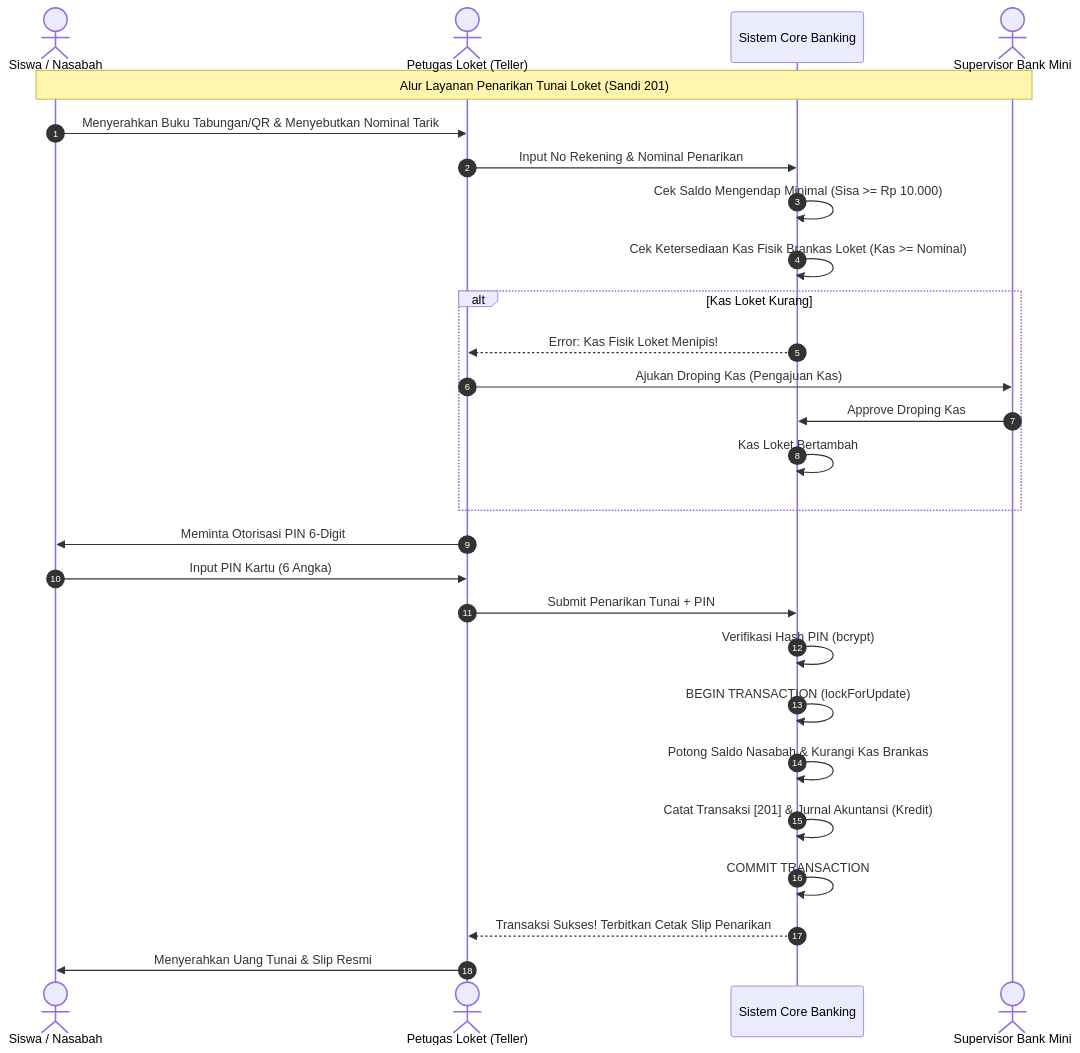
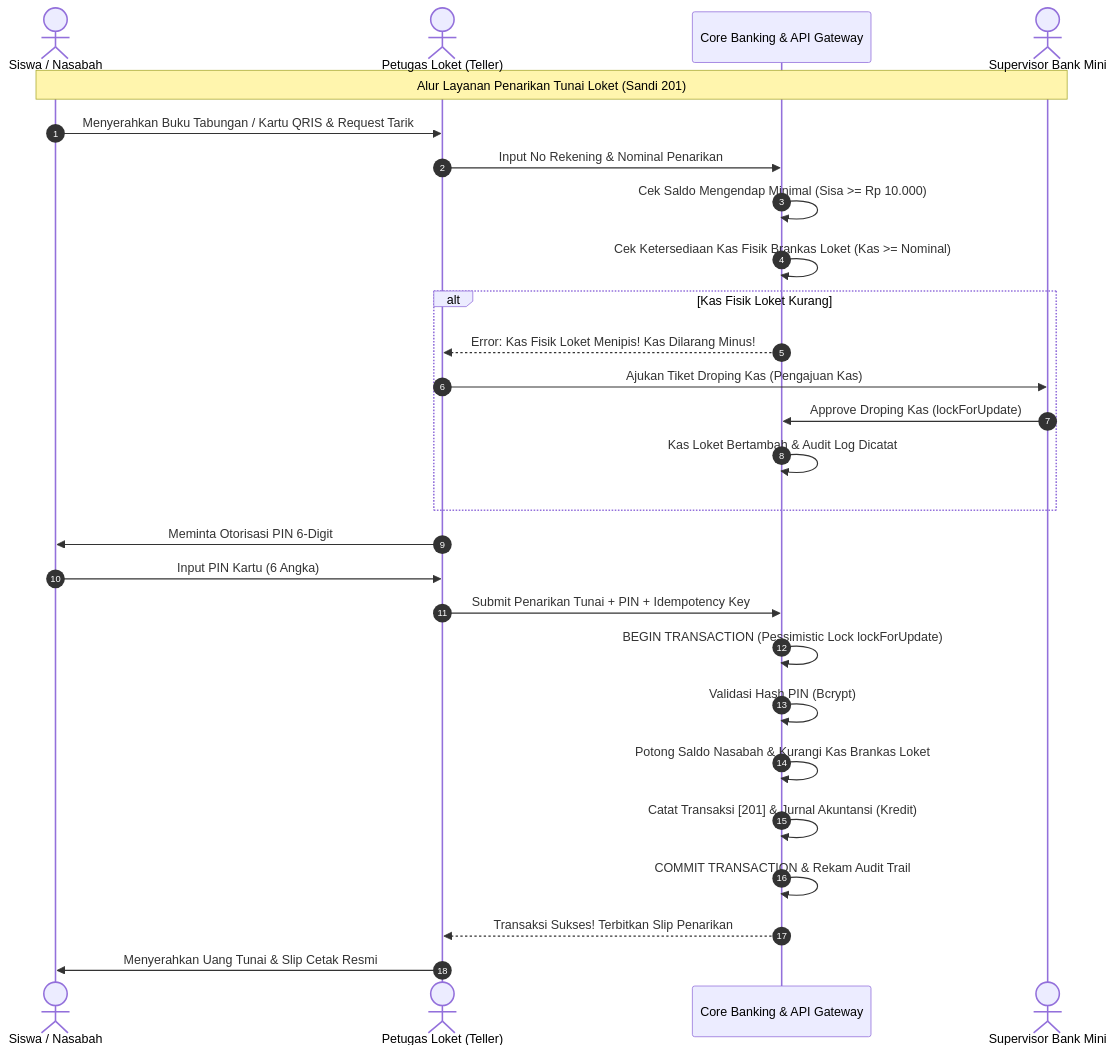
One commit to YoshikazuX/ukk_bankmini_mobile changed the second of 4 diagrams in PRD_Sistem_Bank_Mini_Sekolah.md. Above: the diagram before and after it, drawn with Mermaid. The commit also changed other lines of this file and 28 other files, not shown here.

Commit message:
feat: implement core architecture, API services, and multi-role UI screens for Bank Mini mobile app

````diff
--- a/PRD_Sistem_Bank_Mini_Sekolah.md
+++ b/PRD_Sistem_Bank_Mini_Sekolah.md
@@ -119,30 +148,30 @@
 ```mermaid
 sequenceDiagram
     autonumber
     actor Siswa as Siswa / Nasabah
     actor Teller as Petugas Loket (Teller)
-    participant Sistem as Sistem Core Banking
+    participant Sistem as Core Banking & API Gateway
     actor SPV as Supervisor Bank Mini
 
     Note over Siswa, SPV: Alur Layanan Penarikan Tunai Loket (Sandi 201)
-    Siswa->>Teller: Menyerahkan Buku Tabungan/QR & Menyebutkan Nominal Tarik
+    Siswa->>Teller: Menyerahkan Buku Tabungan / Kartu QRIS & Request Tarik
     Teller->>Sistem: Input No Rekening & Nominal Penarikan
     Sistem->>Sistem: Cek Saldo Mengendap Minimal (Sisa >= Rp 10.000)
     Sistem->>Sistem: Cek Ketersediaan Kas Fisik Brankas Loket (Kas >= Nominal)
-    alt Kas Loket Kurang
-        Sistem-->>Teller: Error: Kas Fisik Loket Menipis!
-        Teller->>SPV: Ajukan Droping Kas (Pengajuan Kas)
-        SPV->>Sistem: Approve Droping Kas
-        Sistem->>Sistem: Kas Loket Bertambah
+    alt Kas Fisik Loket Kurang
+        Sistem-->>Teller: Error: Kas Fisik Loket Menipis! Kas Dilarang Minus!
+        Teller->>SPV: Ajukan Tiket Droping Kas (Pengajuan Kas)
+        SPV->>Sistem: Approve Droping Kas (lockForUpdate)
+        Sistem->>Sistem: Kas Loket Bertambah & Audit Log Dicatat
     end
     Teller->>Siswa: Meminta Otorisasi PIN 6-Digit
     Siswa->>Teller: Input PIN Kartu (6 Angka)
-    Teller->>Sistem: Submit Penarikan Tunai + PIN
-    Sistem->>Sistem: Verifikasi Hash PIN (bcrypt)
-    Sistem->>Sistem: BEGIN TRANSACTION (lockForUpdate)
-    Sistem->>Sistem: Potong Saldo Nasabah & Kurangi Kas Brankas
+    Teller->>Sistem: Submit Penarikan Tunai + PIN + Idempotency Key
+    Sistem->>Sistem: BEGIN TRANSACTION (Pessimistic Lock lockForUpdate)
+    Sistem->>Sistem: Validasi Hash PIN (Bcrypt)
+    Sistem->>Sistem: Potong Saldo Nasabah & Kurangi Kas Brankas Loket
     Sistem->>Sistem: Catat Transaksi [201] & Jurnal Akuntansi (Kredit)
-    Sistem->>Sistem: COMMIT TRANSACTION
-    Sistem-->>Teller: Transaksi Sukses! Terbitkan Cetak Slip Penarikan
-    Teller->>Siswa: Menyerahkan Uang Tunai & Slip Resmi
+    Sistem->>Sistem: COMMIT TRANSACTION & Rekam Audit Trail
+    Sistem-->>Teller: Transaksi Sukses! Terbitkan Slip Penarikan
+    Teller->>Siswa: Menyerahkan Uang Tunai & Slip Cetak Resmi
 ```
````
